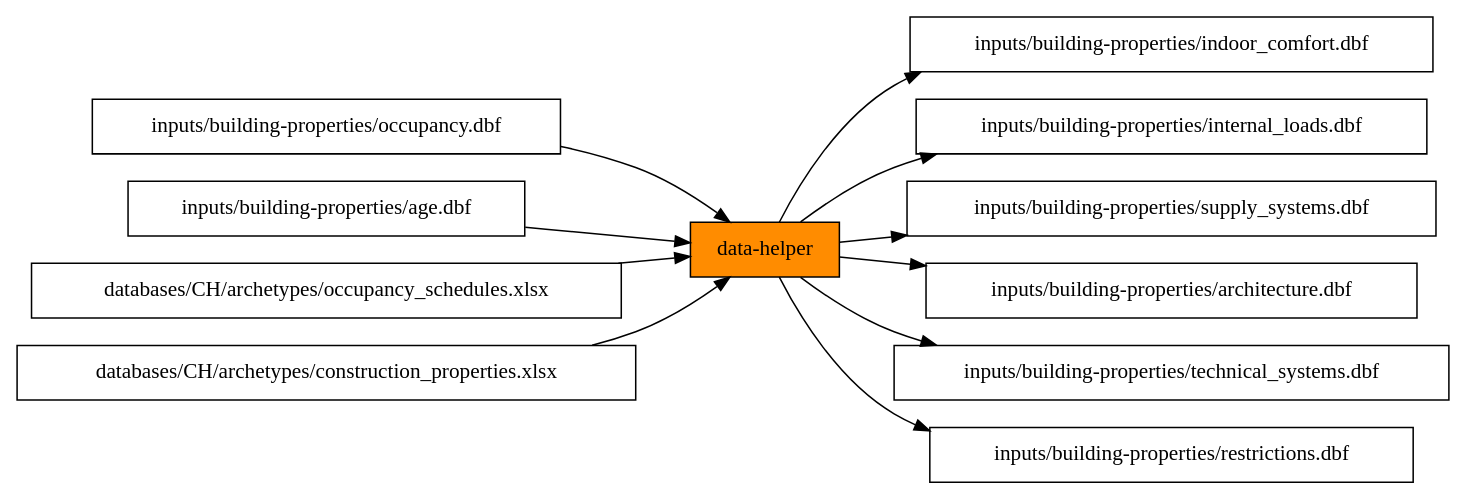
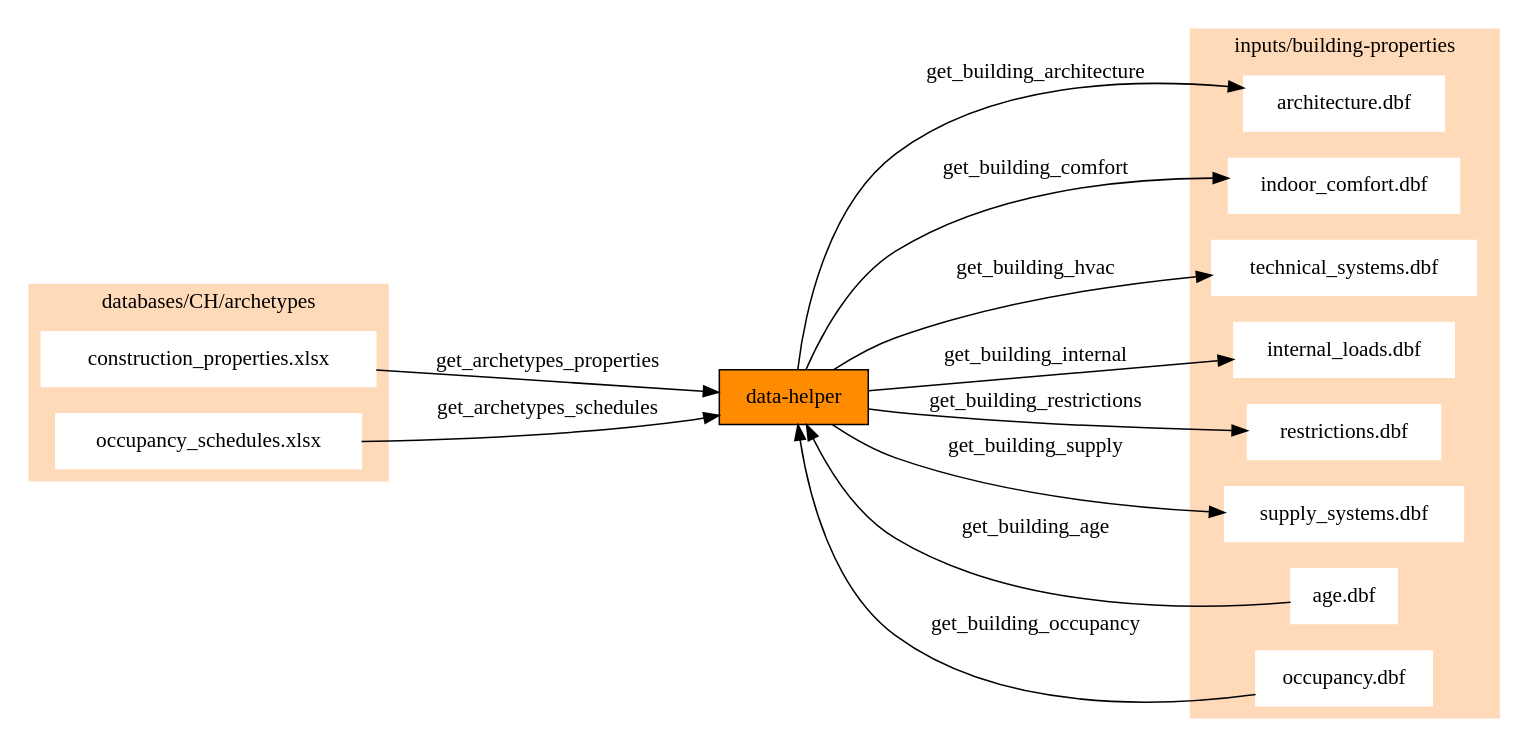
One commit to architecture-building-systems/CityEnergyAnalyst changed the diagram in docs/script_dependencies/data-helper.gv. Above: the diagram before and after it, drawn with Graphviz. The commit also changed 21 other files, not shown here.

```diff
--- a/docs/script_dependencies/data-helper.gv
+++ b/docs/script_dependencies/data-helper.gv
@@ -1,15 +1,36 @@
 digraph trace_inputlocator {
     rankdir="LR";
     node [shape=box];
+    graph [overlap = false];
     "data-helper"[style=filled, fillcolor=darkorange];
-    "data-helper" -> "inputs/building-properties/indoor_comfort.dbf";
-    "inputs/building-properties/occupancy.dbf" -> "data-helper";
-    "data-helper" -> "inputs/building-properties/internal_loads.dbf";
-    "data-helper" -> "inputs/building-properties/supply_systems.dbf";
-    "data-helper" -> "inputs/building-properties/architecture.dbf";
-    "data-helper" -> "inputs/building-properties/technical_systems.dbf";
-    "inputs/building-properties/age.dbf" -> "data-helper";
-    "databases/CH/archetypes/occupancy_schedules.xlsx" -> "data-helper";
-    "databases/CH/archetypes/construction_properties.xlsx" -> "data-helper";
-    "data-helper" -> "inputs/building-properties/restrictions.dbf";
+    "construction_properties.xlsx" -> "data-helper"[label="get_archetypes_properties"]
+    "occupancy_schedules.xlsx" -> "data-helper"[label="get_archetypes_schedules"]
+    "age.dbf" -> "data-helper"[label="get_building_age"]
+    "occupancy.dbf" -> "data-helper"[label="get_building_occupancy"]
+    "data-helper" -> "architecture.dbf"[label="get_building_architecture"]
+    "data-helper" -> "indoor_comfort.dbf"[label="get_building_comfort"]
+    "data-helper" -> "technical_systems.dbf"[label="get_building_hvac"]
+    "data-helper" -> "internal_loads.dbf"[label="get_building_internal"]
+    "data-helper" -> "restrictions.dbf"[label="get_building_restrictions"]
+    "data-helper" -> "supply_systems.dbf"[label="get_building_supply"]
+    subgraph cluster_0 {
+        style = filled;
+        color = peachpuff;
+        label="databases/CH/archetypes";
+    "construction_properties.xlsx"[style=filled, color=white]
+    "occupancy_schedules.xlsx"[style=filled, color=white]
+    }
+    subgraph cluster_1 {
+        style = filled;
+        color = peachpuff;
+        label="inputs/building-properties";
+    "age.dbf"[style=filled, color=white]
+    "occupancy.dbf"[style=filled, color=white]
+    "architecture.dbf"[style=filled, color=white]
+    "indoor_comfort.dbf"[style=filled, color=white]
+    "technical_systems.dbf"[style=filled, color=white]
+    "internal_loads.dbf"[style=filled, color=white]
+    "restrictions.dbf"[style=filled, color=white]
+    "supply_systems.dbf"[style=filled, color=white]
+    }
 }
```
